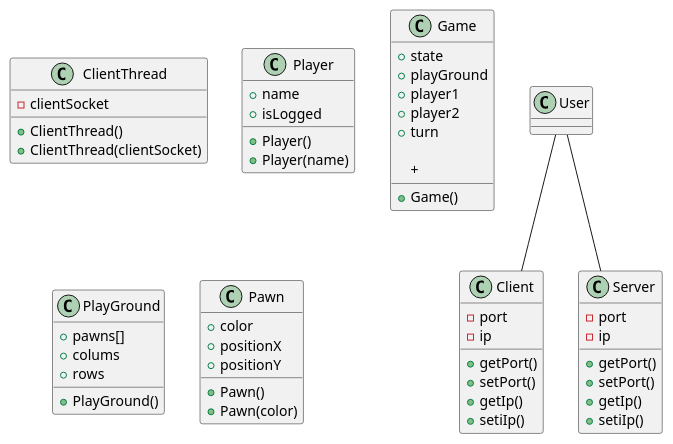
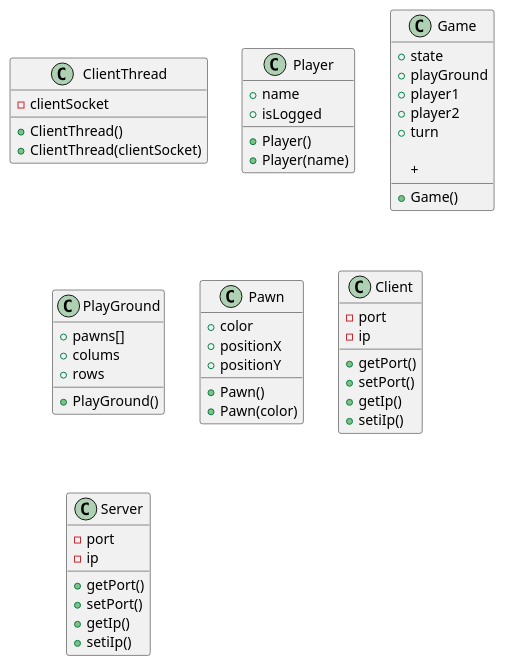
Before and after one commit to dennisgallina/Forza-4: the diagram in Progettazione/Class Diagram.puml, drawn with PlantUML.

Commit message:
Continuo UML

```diff
--- a/Progettazione/Class Diagram.puml
+++ b/Progettazione/Class Diagram.puml
@@ -1,68 +1,65 @@
 @startuml Forza 4
 Class "ClientThread" {
     +ClientThread()
     +ClientThread(clientSocket)
 
     -clientSocket
 }
 
 class "Player" {
     +Player()
     +Player(name)
 
     +name
     +isLogged
 }
 
 class "Game" {
     +Game()
 
     +state
     +playGround
     +player1
     +player2
     +turn
 
     +
 }
 
 class "PlayGround" {
     +PlayGround()
 
     +pawns[]
     +colums
     +rows
 }
 
 class "Pawn" {
     +Pawn()
     +Pawn(color)
 
     +color
     +positionX
     +positionY
 }
 
 Class "Client" {
     -port
     -ip
 
     +getPort()
     +setPort()
     +getIp()
     +setiIp()
 }
 
 Class "Server" {
     -port
     -ip
 
     +getPort()
     +setPort()
     +getIp()
     +setiIp()
 }
-
-User -- Client
-User -- Server
 @enduml
```
